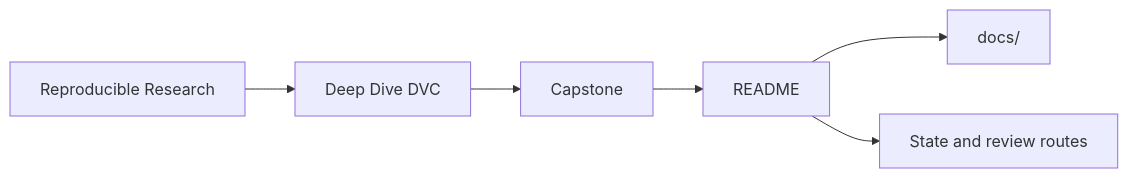
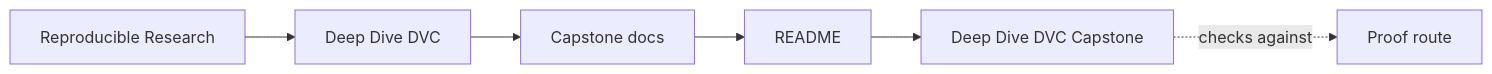
One commit to bijux/bijux-masterclass changed the first of 2 diagrams in programs/reproducible-research/deep-dive-dvc/capstone/README.md. Above: the diagram before and after it, drawn with Mermaid. The commit also changed other lines of this file and 90 other files, not shown here.

Commit message:
docs(deep-dive-dvc): map publication and recovery review surfaces

````diff
--- a/programs/reproducible-research/deep-dive-dvc/capstone/README.md
+++ b/programs/reproducible-research/deep-dive-dvc/capstone/README.md
@@ -6,8 +6,12 @@
 ```mermaid
 graph LR
-  family["Reproducible Research"] --> program["Deep Dive DVC"]
-  program --> capstone["Capstone"]
-  capstone --> readme["README"]
-  readme --> docs["docs/"]
-  readme --> proof["State and review routes"]
+  family["Reproducible Research"]
+  program["Deep Dive DVC"]
+  guide["Capstone docs"]
+  section["README"]
+  page["Deep Dive DVC Capstone"]
+  proof["Proof route"]
+
+  family --> program --> guide --> section --> page
+  page -.checks against.-> proof
 ```
````
